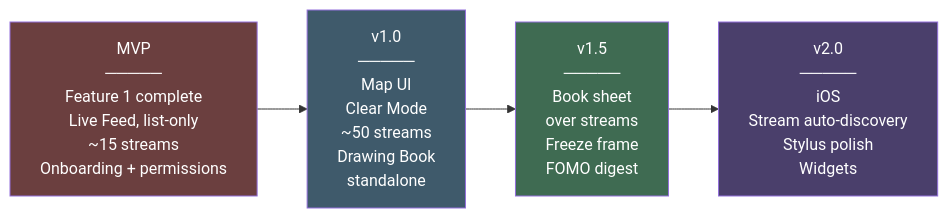
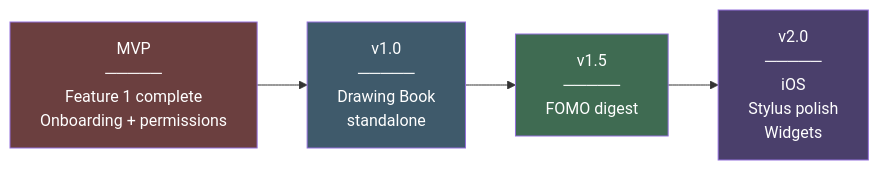
One commit to Kavana917/TouchGrass changed the sixth of 6 diagrams in context/app_plan.md. Above: the diagram before and after it, drawn with Mermaid. The commit also changed other lines of this file and 33 other files, not shown here.

````diff
--- a/context/app_plan.md
+++ b/context/app_plan.md
@@ -722,14 +548,14 @@
 ```mermaid
 flowchart LR
-    M["MVP<br/>─────<br/>Feature 1 complete<br/>Live Feed, list-only<br/>~15 streams<br/>Onboarding + permissions"]
-    V1["v1.0<br/>─────<br/>Map UI<br/>Clear Mode<br/>~50 streams<br/>Drawing Book<br/>standalone"]
-    V15["v1.5<br/>─────<br/>Book sheet<br/>over streams<br/>Freeze frame<br/>FOMO digest"]
-    V2["v2.0<br/>─────<br/>iOS<br/>Stream auto-discovery<br/>Stylus polish<br/>Widgets"]
+    M["MVP<br/>─────<br/>Feature 1 complete<br/>Onboarding + permissions"]
+    V1["v1.0<br/>─────<br/>Drawing Book<br/>standalone"]
+    V15["v1.5<br/>─────<br/>FOMO digest"]
+    V2["v2.0<br/>─────<br/>iOS<br/>Stylus polish<br/>Widgets"]
 
     M --> V1 --> V15 --> V2
 
     style M fill:#6b3f3f,color:#fff
     style V1 fill:#3f5a6b,color:#fff
     style V15 fill:#3f6b52,color:#fff
     style V2 fill:#4a3f6b,color:#fff
 ```
````
